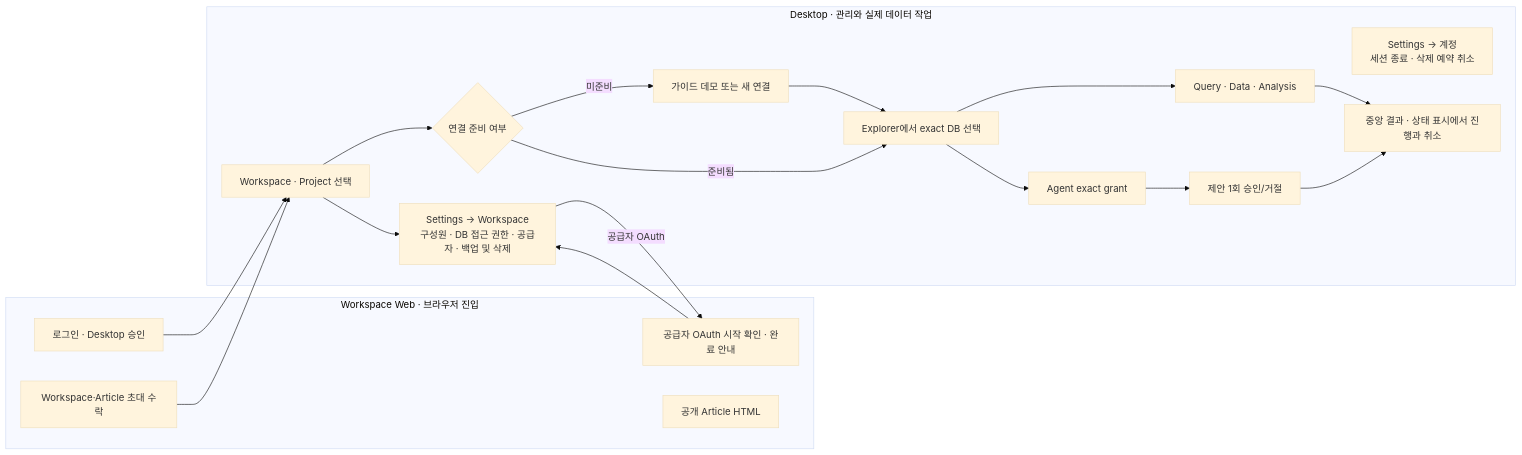
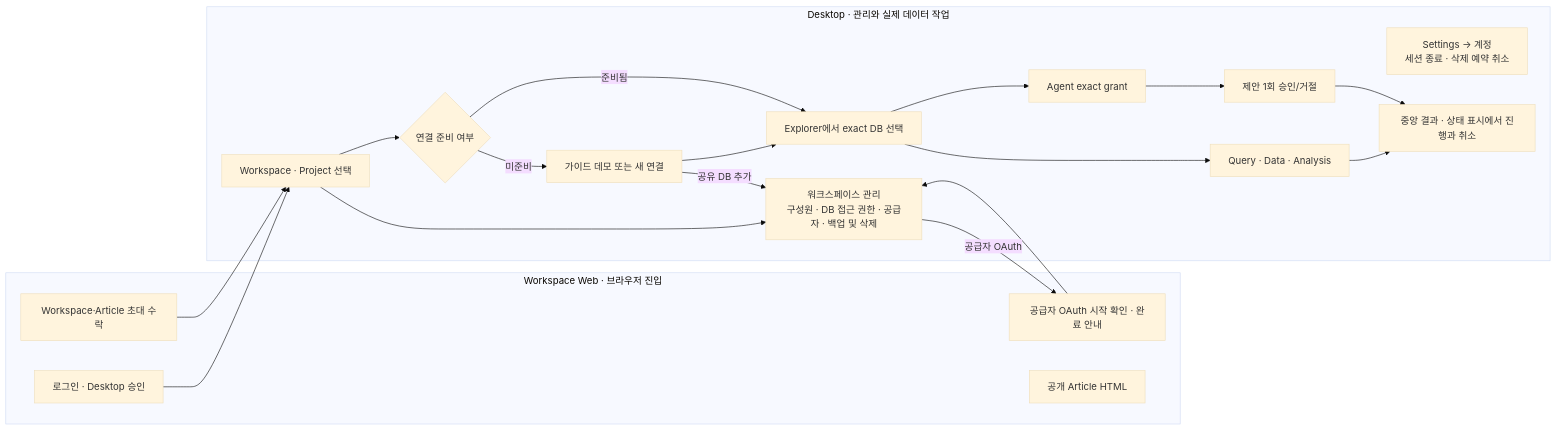
One commit to json-choi/dopedb changed the diagram in docs/PRODUCT_UI_SCOPE.md. Above: the diagram before and after it, drawn with Mermaid (base theme). The commit also changed other lines of this file and 56 other files, not shown here.

First line of the commit message:
feat(workspace): 워크스페이스 관리를 설정에서 분리하고 공유 DB 추가 바로가기를 둔다 (#292)

````diff
--- a/docs/PRODUCT_UI_SCOPE.md
+++ b/docs/PRODUCT_UI_SCOPE.md
@@ -27,32 +27,33 @@
 ```mermaid
 flowchart LR
   subgraph Browser[Workspace Web · 브라우저 진입]
     B0[로그인 · Desktop 승인]
     B1[Workspace·Article 초대 수락]
     B2[공급자 OAuth 시작 확인 · 완료 안내]
     B3[공개 Article HTML]
   end
 
   subgraph Desktop[Desktop · 관리와 실제 데이터 작업]
-    A0[Settings → Workspace<br/>구성원 · DB 접근 권한 · 공급자 · 백업 및 삭제]
+    A0[워크스페이스 관리<br/>구성원 · DB 접근 권한 · 공급자 · 백업 및 삭제]
     A1[Settings → 계정<br/>세션 종료 · 삭제 예약 취소]
     D0[Workspace · Project 선택]
     D1{연결 준비 여부}
     D2[가이드 데모 또는 새 연결]
     D3[Explorer에서 exact DB 선택]
     D4[Query · Data · Analysis]
     D5[Agent exact grant]
     D6[제안 1회 승인/거절]
     D7[중앙 결과 · 상태 표시에서 진행과 취소]
     D0 --> D1
     D1 -- 미준비 --> D2 --> D3
     D1 -- 준비됨 --> D3
     D3 --> D4 --> D7
     D3 --> D5 --> D6 --> D7
     D0 --> A0
+    D2 -- 공유 DB 추가 --> A0
   end
 
   B0 --> D0
   B1 --> D0
   A0 -- 공급자 OAuth --> B2 --> A0
 ```
````
